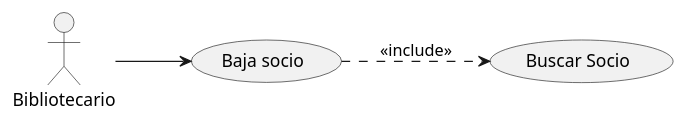
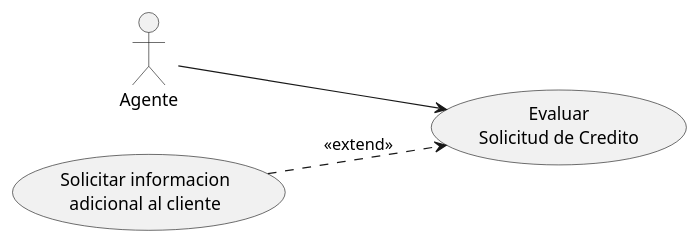
Before and after one commit to sandrasd89/casosdeusoII: the diagram in casosdeusoII.puml, drawn with PlantUML.

Commit message:
Ej solicitud

```diff
--- a/casosdeusoII.puml
+++ b/casosdeusoII.puml
@@ -1,12 +1,12 @@
 @startuml
 
 left to right direction
 
-:Bibliotecario: --> (Baja socio)
-(Baja socio) ..> (Buscar Socio) : <<include>>
+:Agente: --> (Evaluar\nSolicitud de Credito)
+(Solicitar informacion\nadicional al cliente) ..> (Evaluar\nSolicitud de Credito) : <<extend>>
 
 
 
 
 
 @enduml
```
